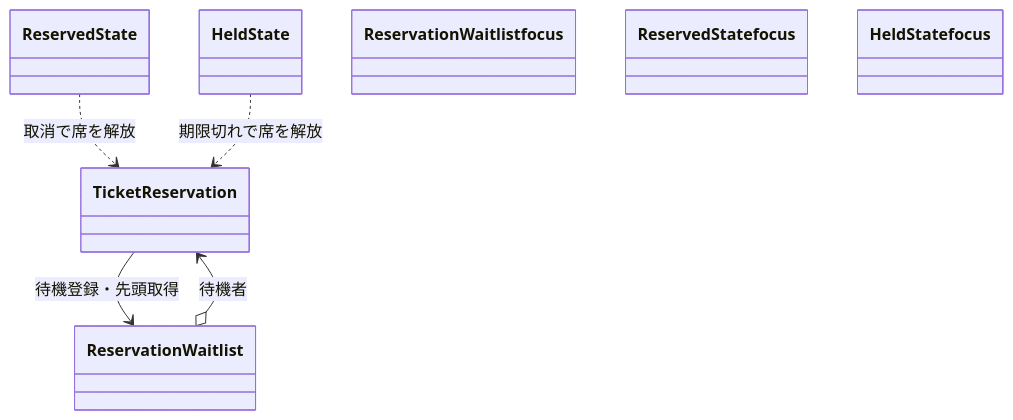
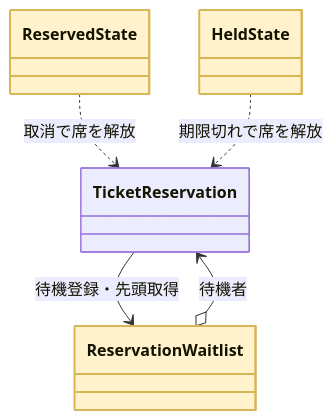
One commit to kumachan1101-pixel/DesignPattern changed diagram 11 of 22 in kindle/design-patterns/output/chapter03.md. Above: the diagram before and after it, drawn with Mermaid. The commit also changed other lines of this file and 15 other files, not shown here.

First line of the commit message:
全章classDiagram: phantom浮きクラスを生む着色構文 class X focus を :::focus へ修正（103箇所）

````diff
--- a/kindle/design-patterns/output/chapter03.md
+++ b/kindle/design-patterns/output/chapter03.md
@@ -1298,15 +1298,15 @@
 ```mermaid
 classDiagram
     class TicketReservation
     class ReservedState
     class HeldState
     class ReservationWaitlist
     TicketReservation --> ReservationWaitlist : 待機登録・先頭取得
     ReservedState ..> TicketReservation : 取消で席を解放
     HeldState ..> TicketReservation : 期限切れで席を解放
     ReservationWaitlist o--> TicketReservation : 待機者
-    class ReservationWaitlist focus
-    class ReservedState focus
-    class HeldState focus
+    class ReservationWaitlist:::focus
+    class ReservedState:::focus
+    class HeldState:::focus
     classDef focus fill:#FFF2CC,stroke:#D6B656,stroke-width:2px
 ```
````
